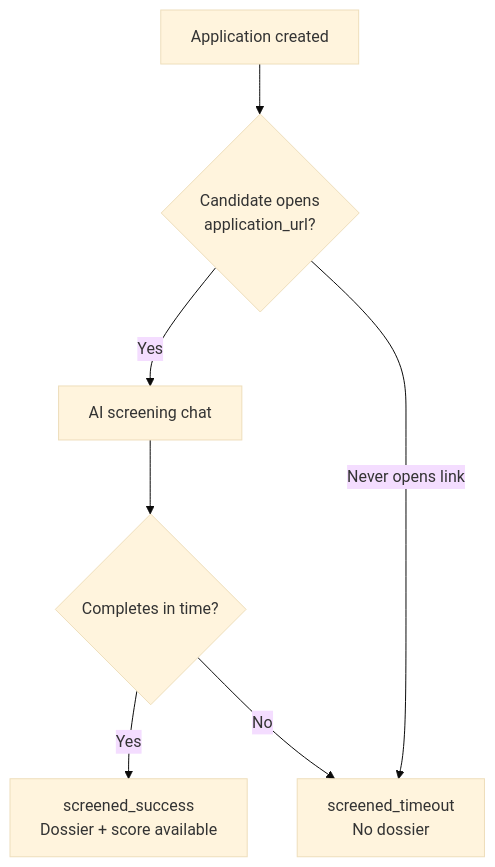
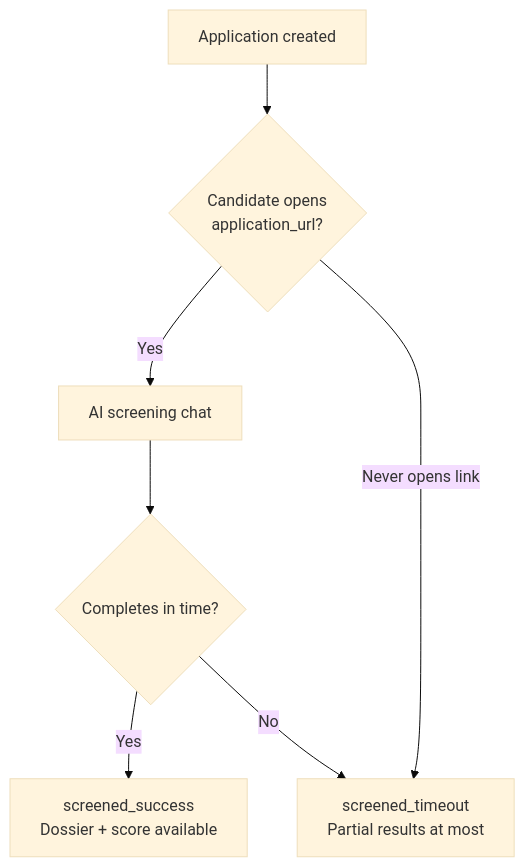
The second of 2 diagrams in docs/guides/14-scenarios/screening.md (vonq/hapi-docs), drawn with Mermaid (base theme) before and after one commit. The commit also changed other lines of this file and 15 other files, not shown here.

````diff
--- a/docs/guides/14-scenarios/screening.md
+++ b/docs/guides/14-scenarios/screening.md
@@ -255,10 +243,10 @@
 ```mermaid
 %%{init: {'flowchart': {'useMaxWidth': true}}}%%
 graph TD
     A["Application created"] --> B{"Candidate opens<br/>application_url?"}
     B -->|Yes| C["AI screening chat"]
     C --> D{"Completes in time?"}
     D -->|Yes| E["screened_success<br/>Dossier + score available"]
-    D -->|No| F["screened_timeout<br/>No dossier"]
+    D -->|No| F["screened_timeout<br/>Partial results at most"]
     B -->|"Never opens link"| F
 ```
````
